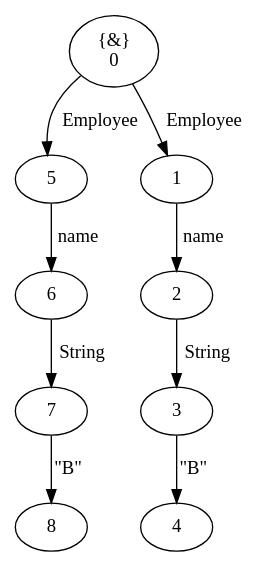
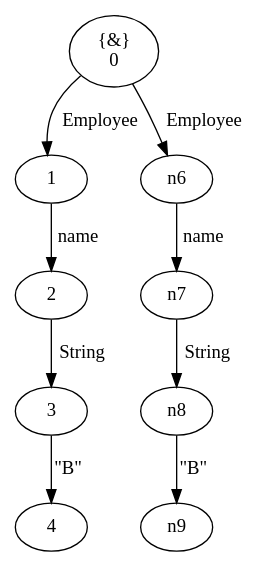
The diagram in CaseStudies/Sets/GRoundTram/gtramassess/bijection1_4_tgt_upd.dot (tiagojrg/BX-Tools-CaseStudies), drawn with Graphviz before and after one commit. The commit also changed 18 other files, not shown here.

```diff
--- a/CaseStudies/Sets/GRoundTram/gtramassess/bijection1_4_tgt_upd.dot
+++ b/CaseStudies/Sets/GRoundTram/gtramassess/bijection1_4_tgt_upd.dot
@@ -1,148 +1,148 @@
 digraph "g" {
 	graph [
 		fontsize = "14"
 		fontname = "Times-Roman"
 		fontcolor = "black"
 	]
 	node [
 		fontsize = "14"
 		fontname = "Times-Roman"
 		fontcolor = "black"
 		shape = "ellipse"
 		style = "solid"
 	]
 	edge [
 		fontsize = "14"
 		fontname = "Times-Roman"
 		fontcolor = "black"
-		style = "solid"
-	]
-	"8" [
-		fontsize = "14"
-		fontname = "Times-Roman"
-		fontcolor = "black"
-		label = "\N"
-		shape = "ellipse"
-		style = "solid"
-	]
-	"7" [
-		fontsize = "14"
-		fontname = "Times-Roman"
-		fontcolor = "black"
-		label = "\N"
-		shape = "ellipse"
-		style = "solid"
-	]
-	"6" [
-		fontsize = "14"
-		fontname = "Times-Roman"
-		fontcolor = "black"
-		label = "\N"
-		shape = "ellipse"
-		style = "solid"
-	]
-	"5" [
-		fontsize = "14"
-		fontname = "Times-Roman"
-		fontcolor = "black"
-		label = "\N"
-		shape = "ellipse"
 		style = "solid"
 	]
 	"4" [
 		fontsize = "14"
 		fontname = "Times-Roman"
 		fontcolor = "black"
 		label = "\N"
 		shape = "ellipse"
 		style = "solid"
 	]
 	"3" [
 		fontsize = "14"
 		fontname = "Times-Roman"
 		fontcolor = "black"
 		label = "\N"
 		shape = "ellipse"
 		style = "solid"
 	]
 	"2" [
 		fontsize = "14"
 		fontname = "Times-Roman"
 		fontcolor = "black"
 		label = "\N"
 		shape = "ellipse"
 		style = "solid"
 	]
 	"1" [
 		fontsize = "14"
 		fontname = "Times-Roman"
 		fontcolor = "black"
 		label = "\N"
 		shape = "ellipse"
 		style = "solid"
 	]
 	"0" [
 		fontsize = "14"
 		fontname = "Times-Roman"
 		fontcolor = "black"
 		label = "{&}\n\N"
 		shape = "ellipse"
 		style = "solid"
 	]
-	"7" -> "8" [
+	"n6" [
 		fontsize = "14"
 		fontname = "Times-Roman"
 		fontcolor = "black"
-		label = "\"B\""
+		label = "\N"
+		shape = "ellipse"
 		style = "solid"
 	]
-	"6" -> "7" [
+	"n7" [
 		fontsize = "14"
 		fontname = "Times-Roman"
 		fontcolor = "black"
-		label = "String"
+		label = "\N"
+		shape = "ellipse"
 		style = "solid"
 	]
-	"5" -> "6" [
+	"n8" [
 		fontsize = "14"
 		fontname = "Times-Roman"
 		fontcolor = "black"
-		label = "name"
+		label = "\N"
+		shape = "ellipse"
+		style = "solid"
+	]
+	"n9" [
+		fontsize = "14"
+		fontname = "Times-Roman"
+		fontcolor = "black"
+		label = "\N"
+		shape = "ellipse"
 		style = "solid"
 	]
 	"3" -> "4" [
 		fontsize = "14"
 		fontname = "Times-Roman"
 		fontcolor = "black"
 		label = "\"B\""
 		style = "solid"
 	]
 	"2" -> "3" [
 		fontsize = "14"
 		fontname = "Times-Roman"
 		fontcolor = "black"
 		label = "String"
 		style = "solid"
 	]
 	"1" -> "2" [
 		fontsize = "14"
 		fontname = "Times-Roman"
 		fontcolor = "black"
 		label = "name"
 		style = "solid"
 	]
-	"0" -> "5" [
-		fontsize = "14"
-		fontname = "Times-Roman"
-		fontcolor = "black"
-		label = "Employee"
-		style = "solid"
-	]
 	"0" -> "1" [
 		fontsize = "14"
 		fontname = "Times-Roman"
 		fontcolor = "black"
 		label = "Employee"
 		style = "solid"
 	]
+	"n8" -> "n9" [
+		fontsize = "14"
+		fontname = "Times-Roman"
+		fontcolor = "black"
+		label = "\"B\""
+		style = "solid"
+	]
+	"n7" -> "n8" [
+		fontsize = "14"
+		fontname = "Times-Roman"
+		fontcolor = "black"
+		label = "String"
+		style = "solid"
+	]
+	"n6" -> "n7" [
+		fontsize = "14"
+		fontname = "Times-Roman"
+		fontcolor = "black"
+		label = "name"
+		style = "solid"
+	]
+	"0" -> "n6" [
+		fontsize = "14"
+		fontname = "Times-Roman"
+		fontcolor = "black"
+		label = "Employee"
+		style = "solid"
+	]
 }
```
